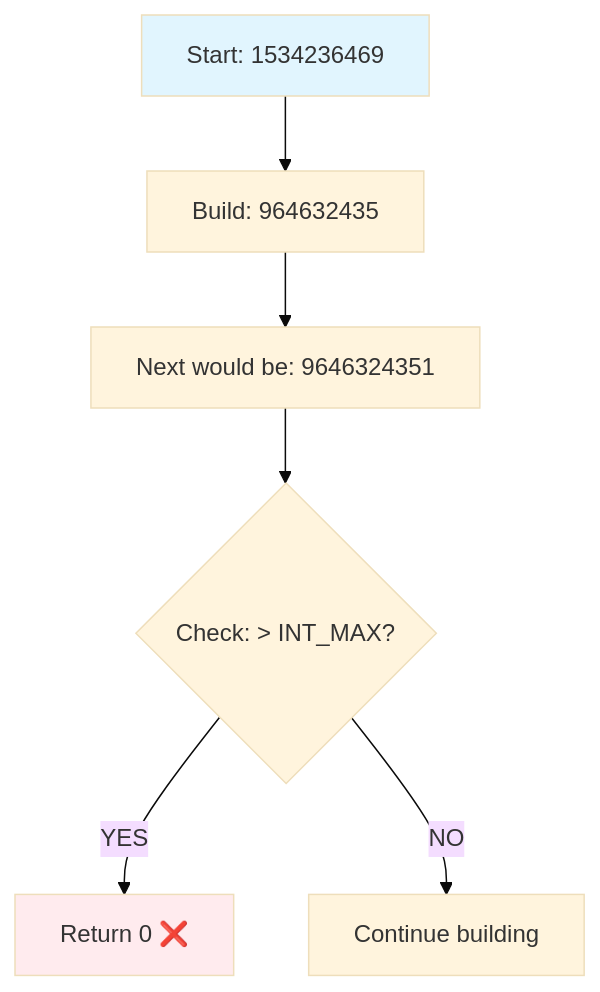
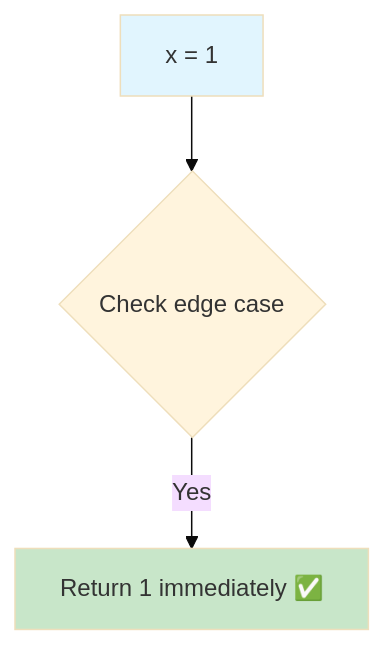
One commit to LuckyLongre123/README_RUNNER changed the sixth of 14 diagrams in README.md. Above: the diagram before and after it, drawn with Mermaid (base theme). The commit also changed other lines of this file, not shown here.

````diff
--- a/README.md
+++ b/README.md
@@ -152,11 +156,8 @@
 ```mermaid
-graph TD
-    A[Start: 1534236469] --> B[Build: 964632435]
-    B --> C[Next would be: 9646324351]
-    C --> D{Check: > INT_MAX?}
-    D -->|YES| E[Return 0 ❌]
-    D -->|NO| F[Continue building]
+flowchart TD
+    A[x = 1] --> B{Check edge case}
+    B -->|Yes| C[Return 1 immediately ✅]
     
     style A fill:#e1f5fe
-    style E fill:#ffebee
+    style C fill:#c8e6c9
 ```
````
